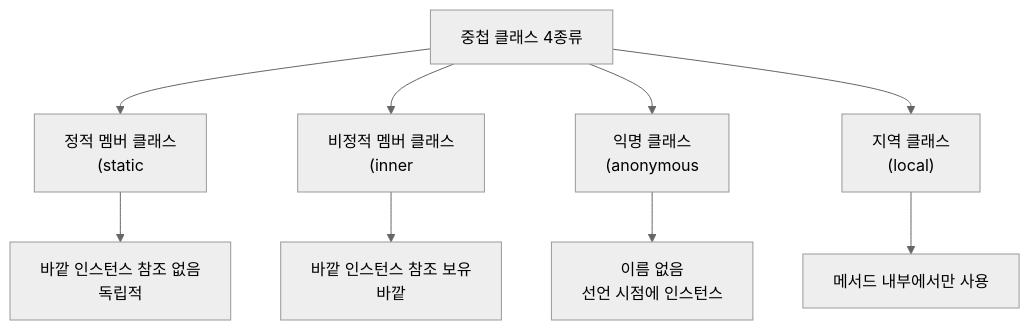
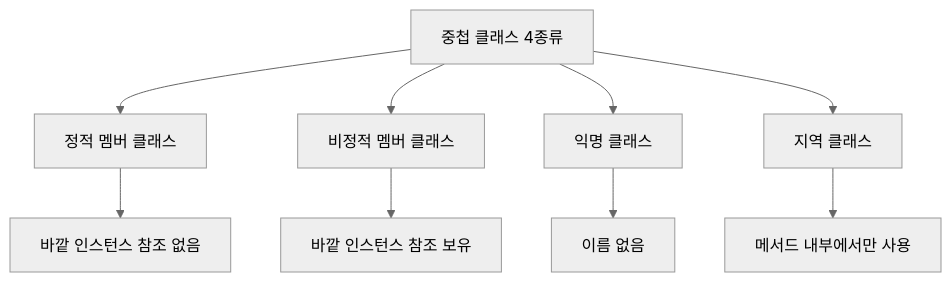
Before and after one commit to yjkim2015/yjkim2015.github.io: the first of 3 diagrams in _posts/java/2022-01-04-effective-java24.md, drawn with Mermaid (neutral theme). The commit also changed other lines of this file and 217 other files, not shown here.

First line of the commit message:
Mermaid 크기 수정: useMaxWidth:true + SVG max-width:100% + 라벨 축소

````diff
--- a/_posts/java/2022-01-04-effective-java24.md
+++ b/_posts/java/2022-01-04-effective-java24.md
@@ -18,11 +18,11 @@
 ```mermaid
 graph TD
-    A["중첩 클래스 4종류"] --> B["정적 멤버 클래스\n(static"]
-    A --> C["비정적 멤버 클래스\n(inner"]
-    A --> D["익명 클래스\n(anonymous"]
-    A --> E["지역 클래스\n(local)"]
-    B --> B1["바깥 인스턴스 참조 없음\n독립적"]
-    C --> C1["바깥 인스턴스 참조 보유\n바깥"]
-    D --> D1["이름 없음\n선언 시점에 인스턴스"]
+    A["중첩 클래스 4종류"] --> B["정적 멤버 클래스"]
+    A --> C["비정적 멤버 클래스"]
+    A --> D["익명 클래스"]
+    A --> E["지역 클래스"]
+    B --> B1["바깥 인스턴스 참조 없음"]
+    C --> C1["바깥 인스턴스 참조 보유"]
+    D --> D1["이름 없음"]
     E --> E1["메서드 내부에서만 사용"]
 ```
````
